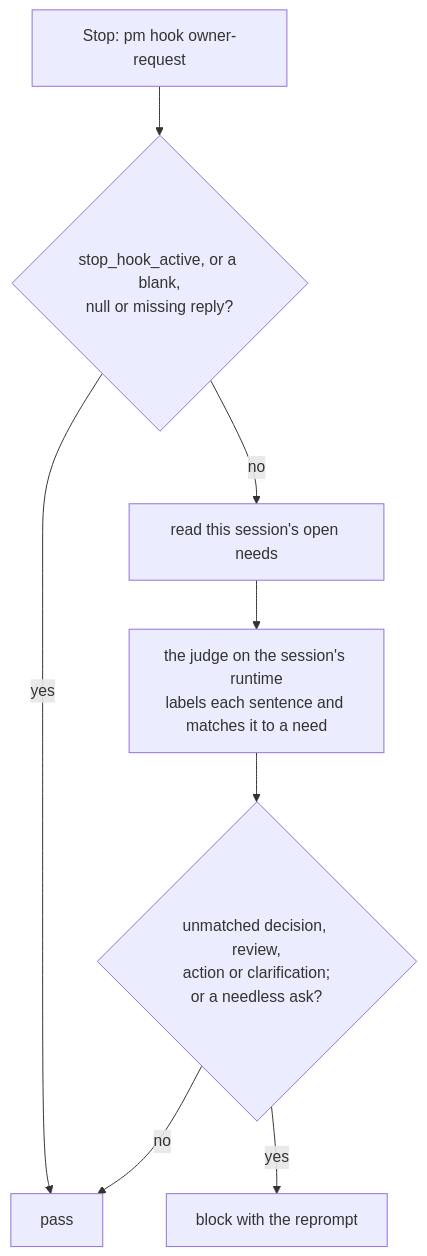
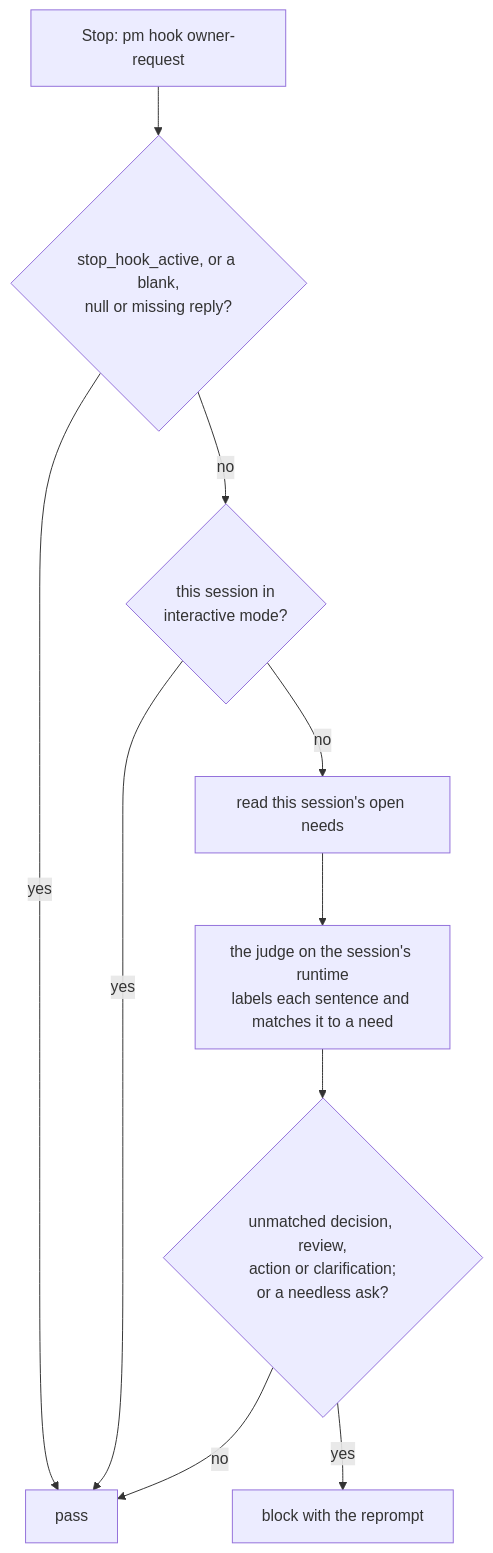
Before and after one commit to Yeeef/pm: the diagram in design/owner-request-hook.md, drawn with Mermaid. The commit also changed other lines of this file and 4 other files, not shown here.

Commit message:
Interactive mode on the owner-request hook, agent lifecycle, pm CLI and session claims pages; sprint 119 lists them

````diff
--- a/design/owner-request-hook.md
+++ b/design/owner-request-hook.md
@@ -69,10 +73,12 @@
 ```mermaid
 flowchart TD
   S[Stop: pm hook owner-request] --> A{stop_hook_active, or a blank,<br/>null or missing reply?}
   A -- yes --> P[pass]
-  A -- no --> N[read this session's open needs]
+  A -- no --> M{this session in<br/>interactive mode?}
+  M -- yes --> P
+  M -- no --> N[read this session's open needs]
   N --> J[the judge on the session's runtime<br/>labels each sentence and matches it to a need]
   J --> B{unmatched decision, review,<br/>action or clarification;<br/>or a needless ask?}
   B -- no --> P
   B -- yes --> K[block with the reprompt]
 ```
````
